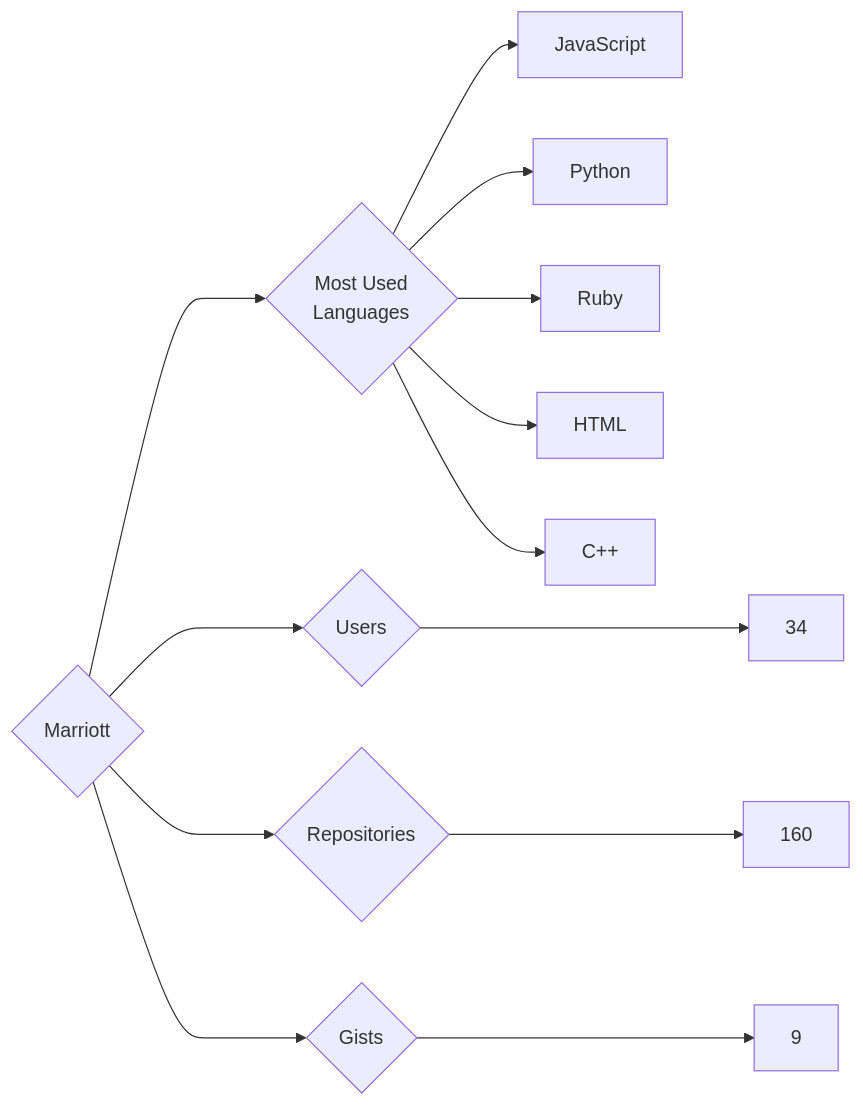
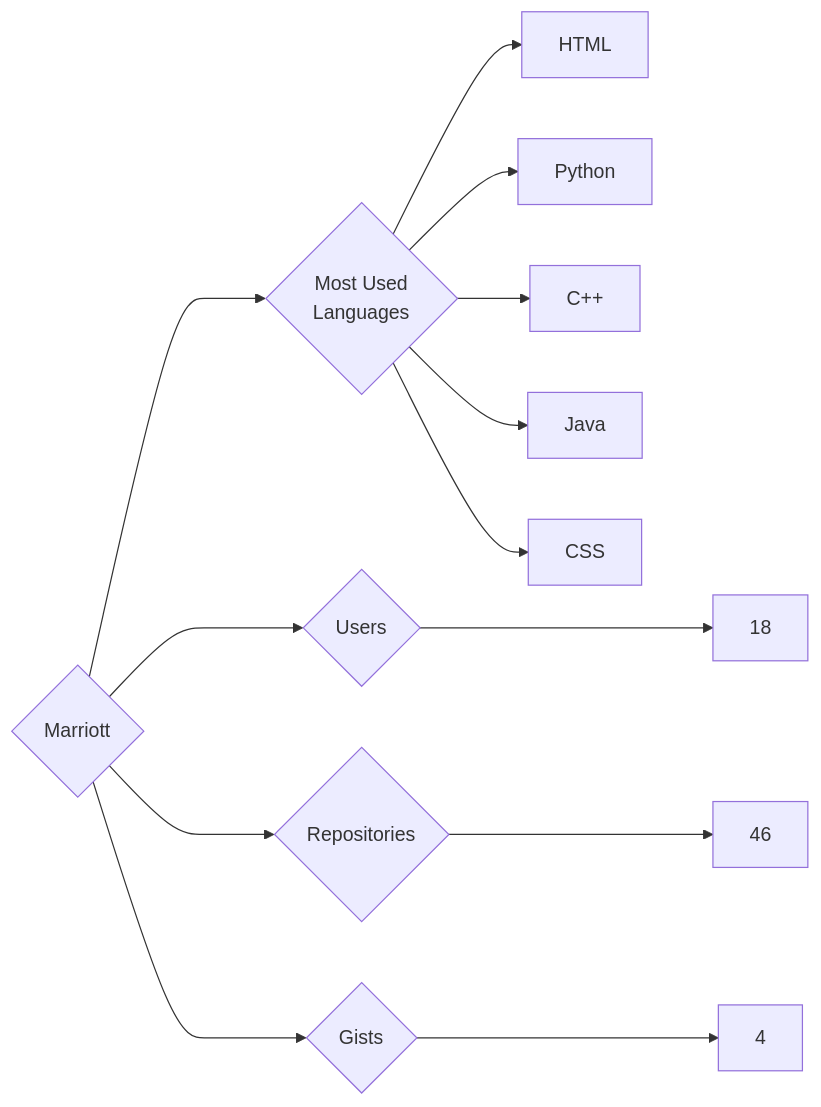
One commit to trickest/insiders changed the diagram in targets/Marriott/README.md. Above: the diagram before and after it, drawn with Mermaid. The commit also changed 870 other files, not shown here.

````diff
--- a/targets/Marriott/README.md
+++ b/targets/Marriott/README.md
@@ -3,13 +3,13 @@
 ```mermaid
 graph LR
 COMPANY_NAME{Marriott}
-COMPANY_NAME ---> U{Users} ---> UN[34]
-COMPANY_NAME ---> R{Repositories} ---> RN[160]
-COMPANY_NAME ---> G{Gists} ---> GN[9]
+COMPANY_NAME ---> U{Users} ---> UN[18]
+COMPANY_NAME ---> R{Repositories} ---> RN[46]
+COMPANY_NAME ---> G{Gists} ---> GN[4]
 COMPANY_NAME ---> ML{Most Used<br>Languages}
-ML --> JavaScript[JavaScript]
+ML --> HTML[HTML]
 ML --> Python[Python]
-ML --> Ruby[Ruby]
-ML --> HTML[HTML]
 ML --> C++[C++]
+ML --> Java[Java]
+ML --> CSS[CSS]
 ```
````
